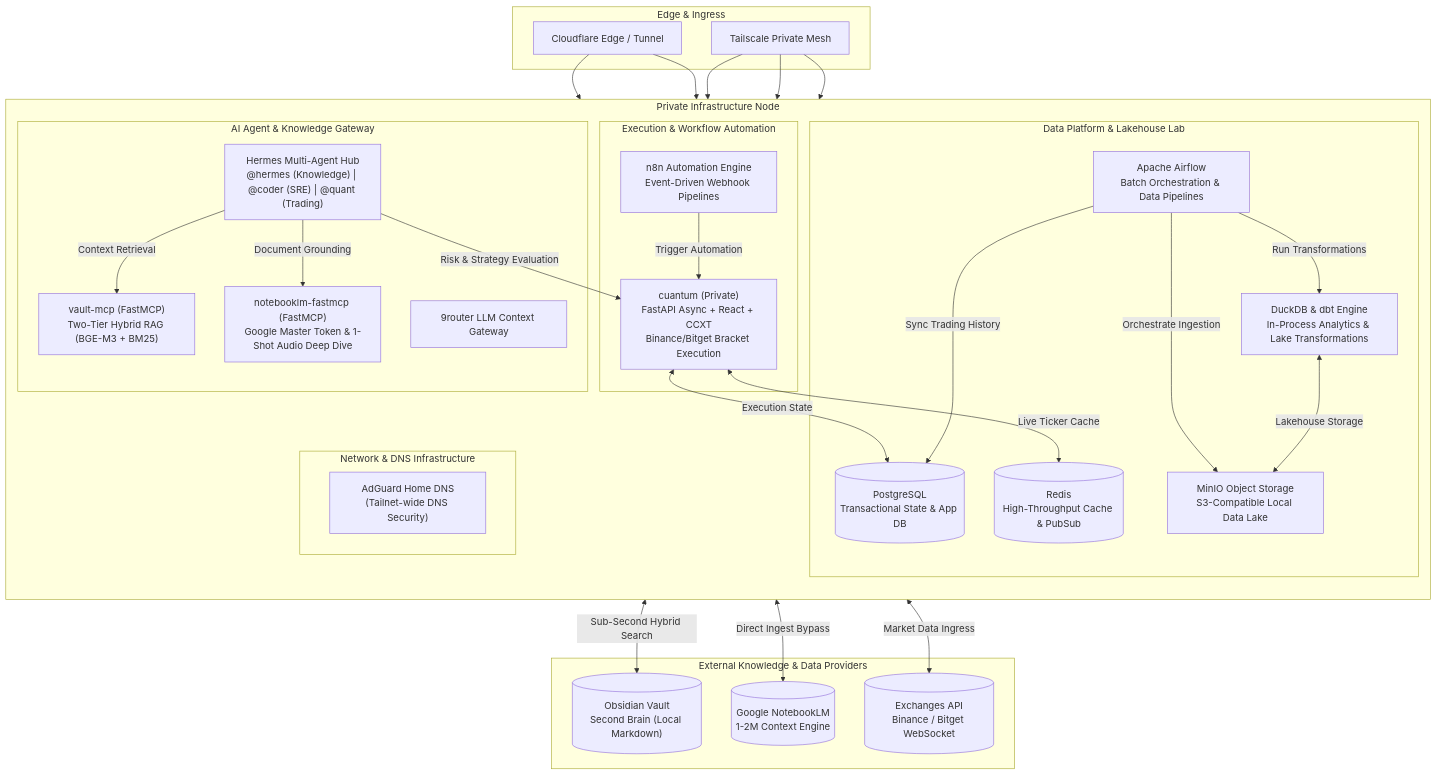
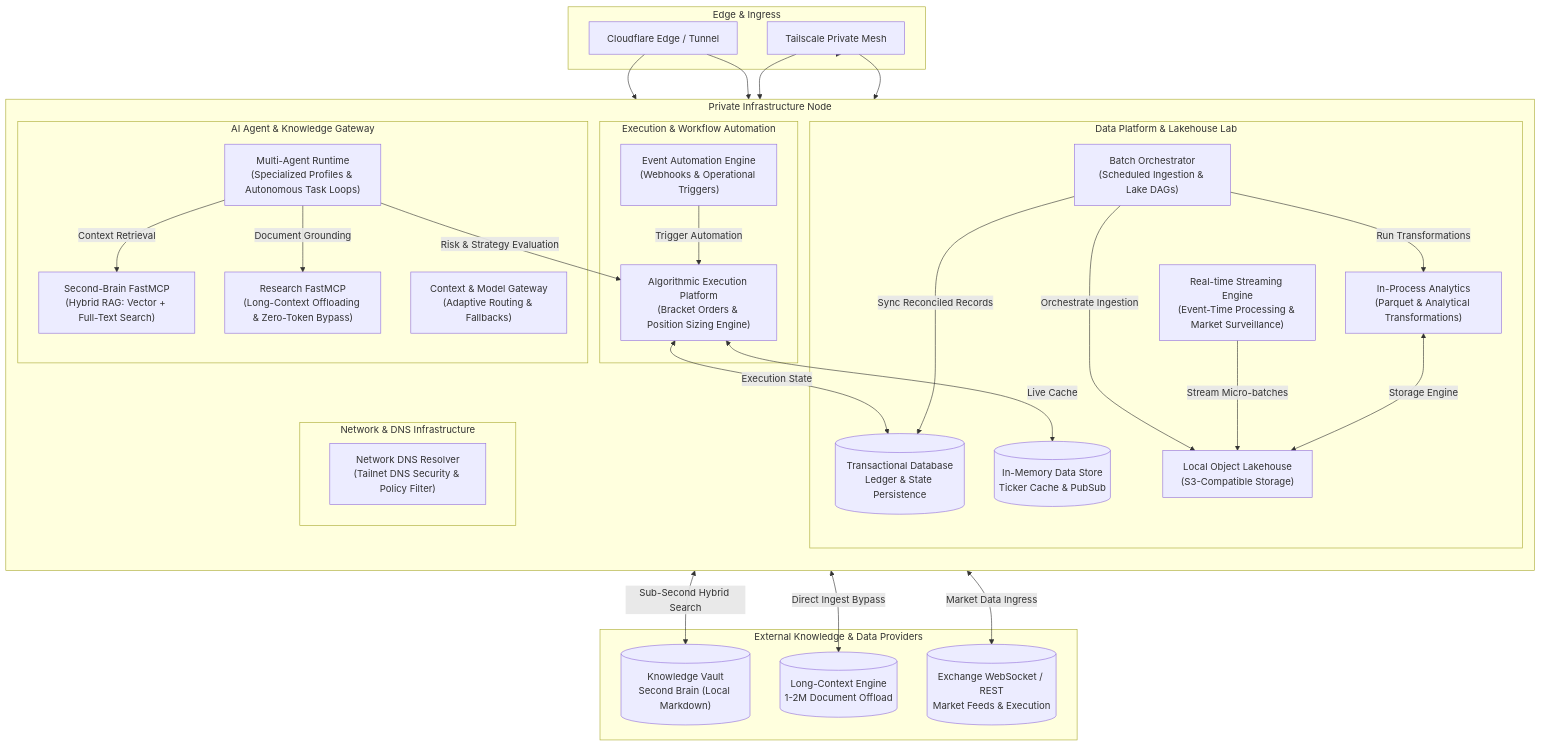
Before and after one commit to mpandudc/mpandudc: the diagram in README.md, drawn with Mermaid. The commit also changed other lines of this file, not shown here.

Commit message:
docs: abstract architecture components and highlight Flink/Spark/ML streaming repositories

````diff
--- a/README.md
+++ b/README.md
@@ -19,67 +19,69 @@
 ```mermaid
 flowchart TB
     subgraph WAN [Edge & Ingress]
         CF[Cloudflare Edge / Tunnel]
         TS[Tailscale Private Mesh]
     end
 
-    subgraph HOMELAB [Private Infrastructure Node]
+    subgraph CLOUD_NODE [Private Infrastructure Node]
         direction TB
 
         subgraph AI_LAYER [AI Agent & Knowledge Gateway]
-            H_ROSTER["Hermes Multi-Agent Hub\n@hermes (Knowledge) | @coder (SRE) | @quant (Trading)"]
-            R9["9router LLM Context Gateway"]
-            V_MCP["vault-mcp (FastMCP)\nTwo-Tier Hybrid RAG (BGE-M3 + BM25)"]
-            NLM_MCP["notebooklm-fastmcp (FastMCP)\nGoogle Master Token & 1-Shot Audio Deep Dive"]
+            H_ROSTER["Multi-Agent Runtime\n(Specialized Profiles & Autonomous Task Loops)"]
+            R9["Context & Model Gateway\n(Adaptive Routing & Fallbacks)"]
+            V_MCP["Second-Brain FastMCP\n(Hybrid RAG: Vector + Full-Text Search)"]
+            NLM_MCP["Research FastMCP\n(Long-Context Offloading & Zero-Token Bypass)"]
         end
 
         subgraph QUANT_LAYER [Execution & Workflow Automation]
-            CUANTUM["cuantum (Private)\nFastAPI Async + React + CCXT\nBinance/Bitget Bracket Execution"]
-            N8N["n8n Automation Engine\nEvent-Driven Webhook Pipelines"]
+            CUANTUM["Algorithmic Execution Platform\n(Bracket Orders & Position Sizing Engine)"]
+            N8N["Event Automation Engine\n(Webhooks & Operational Triggers)"]
         end
 
         subgraph DATA_LAYER [Data Platform & Lakehouse Lab]
-            AIRFLOW["Apache Airflow\nBatch Orchestration & Data Pipelines"]
-            MINIO["MinIO Object Storage\nS3-Compatible Local Data Lake"]
-            DUCKDB["DuckDB & dbt Engine\nIn-Process Analytics & Lake Transformations"]
-            PG[(PostgreSQL\nTransactional State & App DB)]
-            REDIS[(Redis\nHigh-Throughput Cache & PubSub)]
+            STREAM_PIPE["Real-time Streaming Engine\n(Event-Time Processing & Market Surveillance)"]
+            AIRFLOW["Batch Orchestrator\n(Scheduled Ingestion & Lake DAGs)"]
+            MINIO["Local Object Lakehouse\n(S3-Compatible Storage)"]
+            LAKE_ENGINE["In-Process Analytics\n(Parquet & Analytical Transformations)"]
+            PG[(Transactional Database\nLedger & State Persistence)]
+            REDIS[(In-Memory Data Store\nTicker Cache & PubSub)]
         end
 
         subgraph NET_LAYER [Network & DNS Infrastructure]
-            ADGUARD["AdGuard Home DNS\n(Tailnet-wide DNS Security)"]
+            ADGUARD["Network DNS Resolver\n(Tailnet DNS Security & Policy Filter)"]
         end
     end
 
     subgraph EXTERNAL [External Knowledge & Data Providers]
-        OBSIDIAN[("Obsidian Vault\nSecond Brain (Local Markdown)")]
-        G_NLM[("Google NotebookLM\n1-2M Context Engine")]
-        EXCHANGES[("Exchanges API\nBinance / Bitget WebSocket")]
+        OBSIDIAN[("Knowledge Vault\nSecond Brain (Local Markdown)")]
+        G_NLM[("Long-Context Engine\n1-2M Document Offload")]
+        EXCHANGES[("Exchange WebSocket / REST\nMarket Feeds & Execution")]
     end
 
     %% Network Routing
     CF --> CUANTUM
     CF --> R9
     TS --> AI_LAYER
     TS --> DATA_LAYER
     TS --> NET_LAYER
 
-    %% AI & Second Brain Pipeline
+    %% AI Pipeline
     H_ROSTER -->|Context Retrieval| V_MCP
     H_ROSTER -->|Document Grounding| NLM_MCP
     V_MCP <-->|Sub-Second Hybrid Search| OBSIDIAN
     NLM_MCP <-->|Direct Ingest Bypass| G_NLM
 
-    %% Quantitative Trading Pipeline
+    %% Trading Pipeline
     H_ROSTER -->|Risk & Strategy Evaluation| CUANTUM
     CUANTUM <-->|Execution State| PG
-    CUANTUM <-->|Live Ticker Cache| REDIS
+    CUANTUM <-->|Live Cache| REDIS
     CUANTUM <-->|Market Data Ingress| EXCHANGES
     N8N -->|Trigger Automation| CUANTUM
 
-    %% Data Engineering Lakehouse Pipeline
+    %% Data Lakehouse Pipeline
     AIRFLOW -->|Orchestrate Ingestion| MINIO
-    AIRFLOW -->|Run Transformations| DUCKDB
-    DUCKDB <-->|Lakehouse Storage| MINIO
-    AIRFLOW -->|Sync Trading History| PG
+    STREAM_PIPE -->|Stream Micro-batches| MINIO
+    AIRFLOW -->|Run Transformations| LAKE_ENGINE
+    LAKE_ENGINE <-->|Storage Engine| MINIO
+    AIRFLOW -->|Sync Reconciled Records| PG
 ```
````
